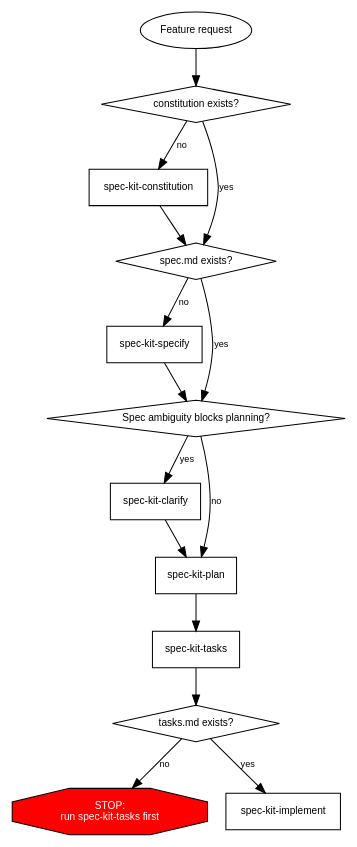
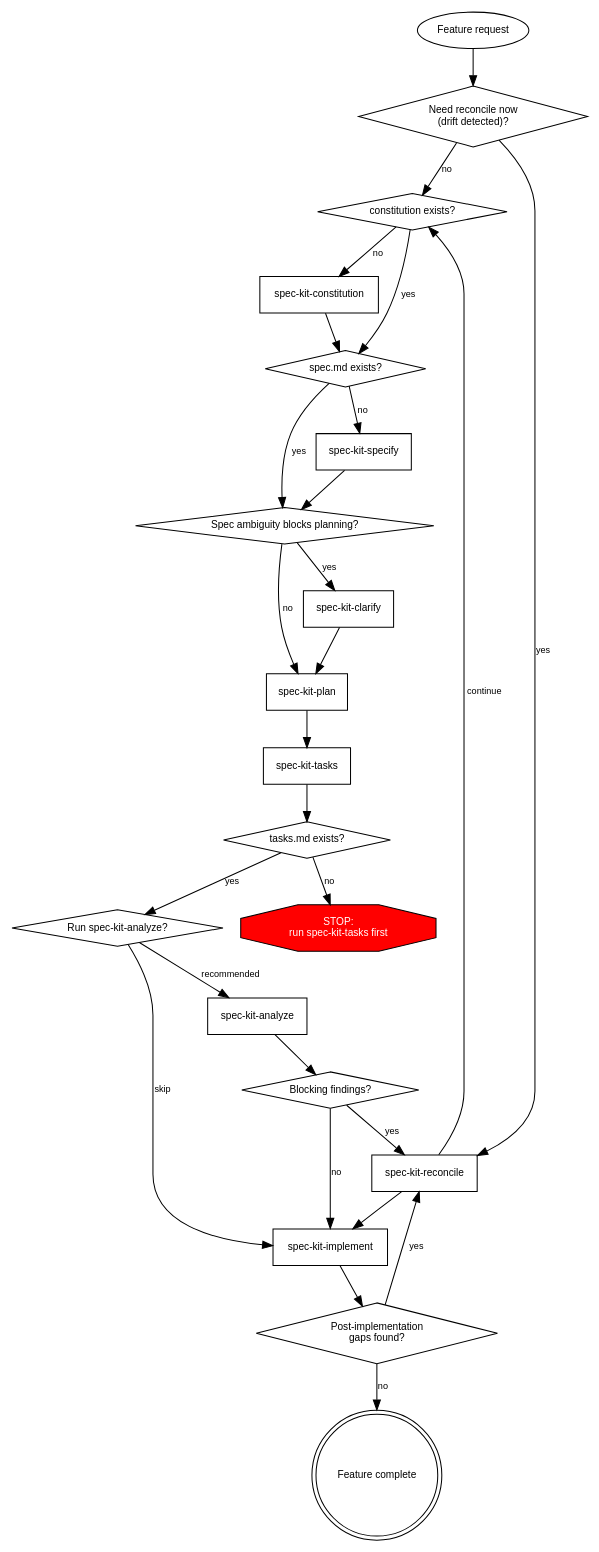
One commit to ahgraber/skills changed the diagram in skills/spec-kit/SKILL.md. Above: the diagram before and after it, drawn with Graphviz. The commit also changed other lines of this file and 15 other files, not shown here.

First line of the commit message:
feat(spec-kit-reconcile): add 'reconcile' skill for spec drift reconciliation

````diff
--- a/skills/spec-kit/SKILL.md
+++ b/skills/spec-kit/SKILL.md
@@ -43,35 +44,54 @@
 ```dot
 digraph feature_route {
     rankdir=TB;
     node [fontname="Helvetica", fontsize=10];
     edge [fontname="Helvetica", fontsize=9];
 
     start [label="Feature request", shape=oval];
+    reconcile_gate [label="Need reconcile now\n(drift detected)?", shape=diamond];
     has_const [label="constitution exists?", shape=diamond];
     constitution [label="spec-kit-constitution", shape=box];
     has_spec [label="spec.md exists?", shape=diamond];
     specify [label="spec-kit-specify", shape=box];
     clarify_gate [label="Spec ambiguity blocks planning?", shape=diamond];
     clarify [label="spec-kit-clarify", shape=box];
     plan [label="spec-kit-plan", shape=box];
     tasks [label="spec-kit-tasks", shape=box];
+    analyze_gate [label="Run spec-kit-analyze?", shape=diamond];
+    analyze [label="spec-kit-analyze", shape=box];
+    analyze_blocking [label="Blocking findings?", shape=diamond];
+    reconcile [label="spec-kit-reconcile", shape=box];
     has_tasks [label="tasks.md exists?", shape=diamond];
     stop_tasks [label="STOP:\nrun spec-kit-tasks first", shape=octagon, style=filled, fillcolor=red, fontcolor=white];
     implement [label="spec-kit-implement", shape=box];
+    post_impl_gaps [label="Post-implementation\ngaps found?", shape=diamond];
+    done [label="Feature complete", shape=doublecircle];
 
-    start -> has_const;
+    start -> reconcile_gate;
+    reconcile_gate -> reconcile [label="yes"];
+    reconcile_gate -> has_const [label="no"];
+    reconcile -> has_const [label="continue"];
     has_const -> constitution [label="no"];
     has_const -> has_spec [label="yes"];
     constitution -> has_spec;
     has_spec -> specify [label="no"];
     has_spec -> clarify_gate [label="yes"];
     specify -> clarify_gate;
     clarify_gate -> clarify [label="yes"];
     clarify_gate -> plan [label="no"];
     clarify -> plan;
     plan -> tasks;
     tasks -> has_tasks;
-    has_tasks -> implement [label="yes"];
+    has_tasks -> analyze_gate [label="yes"];
     has_tasks -> stop_tasks [label="no"];
+    analyze_gate -> analyze [label="recommended"];
+    analyze_gate -> implement [label="skip"];
+    analyze -> analyze_blocking;
+    analyze_blocking -> reconcile [label="yes"];
+    analyze_blocking -> implement [label="no"];
+    reconcile -> implement;
+    implement -> post_impl_gaps;
+    post_impl_gaps -> done [label="no"];
+    post_impl_gaps -> reconcile [label="yes"];
 }
 ```
````
